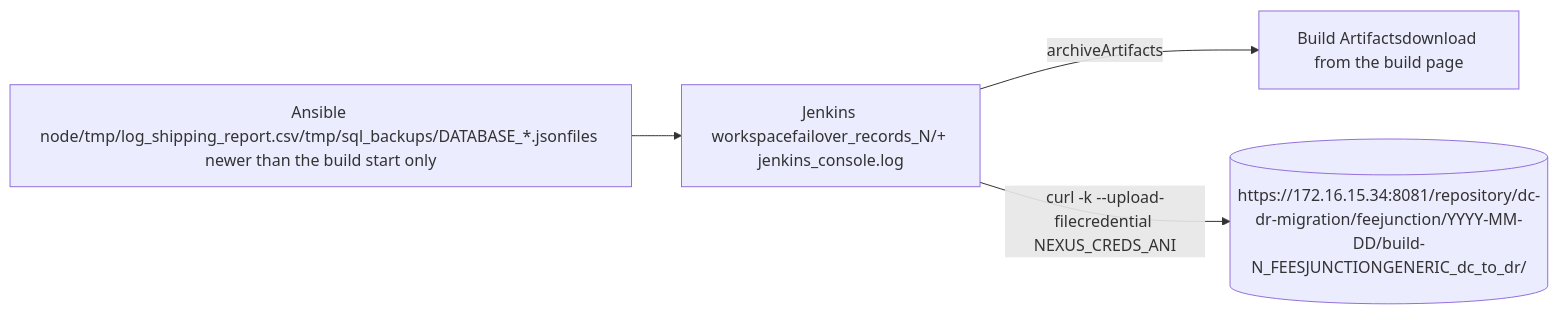
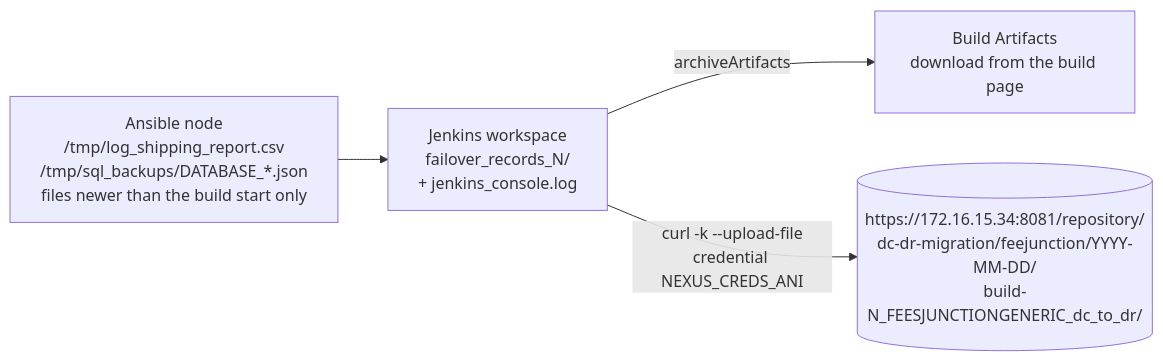
The sixth of 6 diagrams in FeeJunction DC_DR Failover Flow.md (patilaniruddha1998/argocd), drawn with Mermaid before and after one commit. The commit also changed other lines of this file, not shown here.

````diff
--- a/FeeJunction DC_DR Failover Flow.md
+++ b/FeeJunction DC_DR Failover Flow.md
@@ -374,6 +361,6 @@
 ```mermaid
 flowchart LR
-  A["Ansible node/tmp/log_shipping_report.csv/tmp/sql_backups/DATABASE_*.jsonfiles newer than the build start only"] --> B["Jenkins workspacefailover_records_N/+ jenkins_console.log"]
-  B -->|"archiveArtifacts"| C["Build Artifactsdownload from the build page"]
-  B -->|"curl -k --upload-filecredential NEXUS_CREDS_ANI"| D[("https://172.16.15.34:8081/repository/dc-dr-migration/feejunction/YYYY-MM-DD/build-N_FEESJUNCTIONGENERIC_dc_to_dr/")]
+  A["Ansible node<br/>/tmp/log_shipping_report.csv<br/>/tmp/sql_backups/DATABASE_*.json<br/>files newer than the build start only"] --> B["Jenkins workspace<br/>failover_records_N/<br/>+ jenkins_console.log"]
+  B -->|"archiveArtifacts"| C["Build Artifacts<br/>download from the build page"]
+  B -->|"curl -k --upload-file<br/>credential NEXUS_CREDS_ANI"| D[("https://172.16.15.34:8081/repository/<br/>dc-dr-migration/feejunction/YYYY-MM-DD/<br/>build-N_FEESJUNCTIONGENERIC_dc_to_dr/")]
 ```
````
